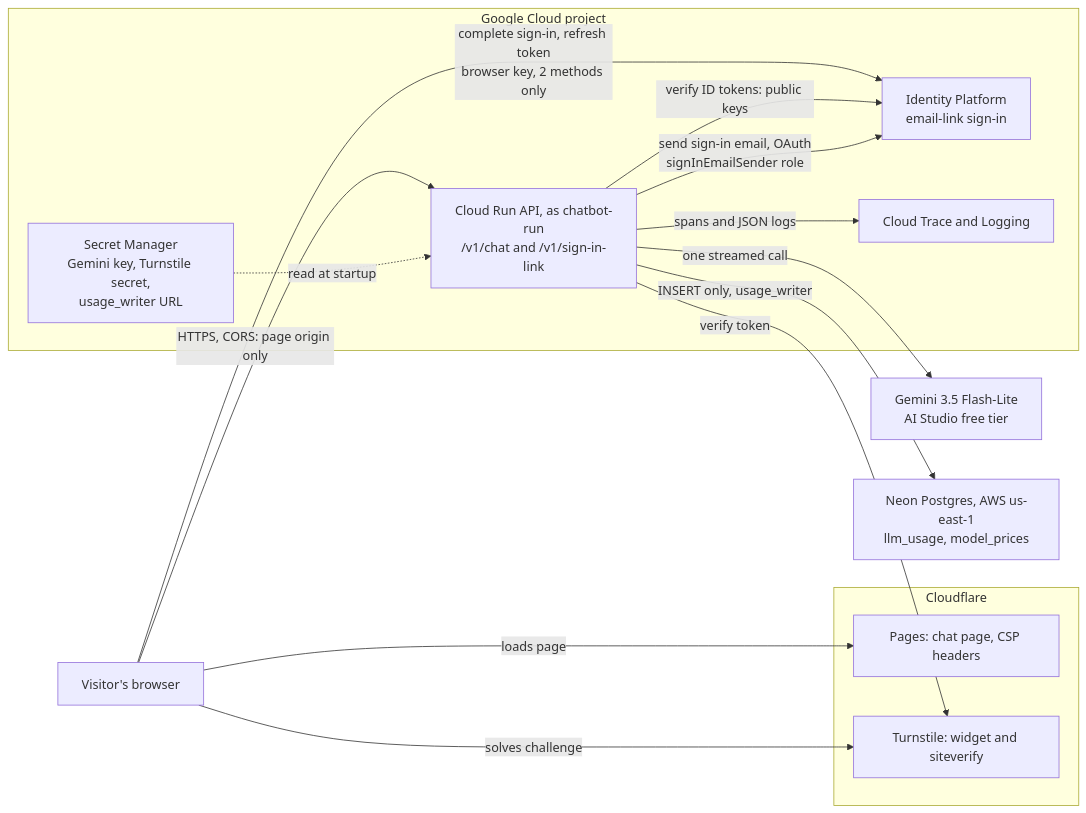
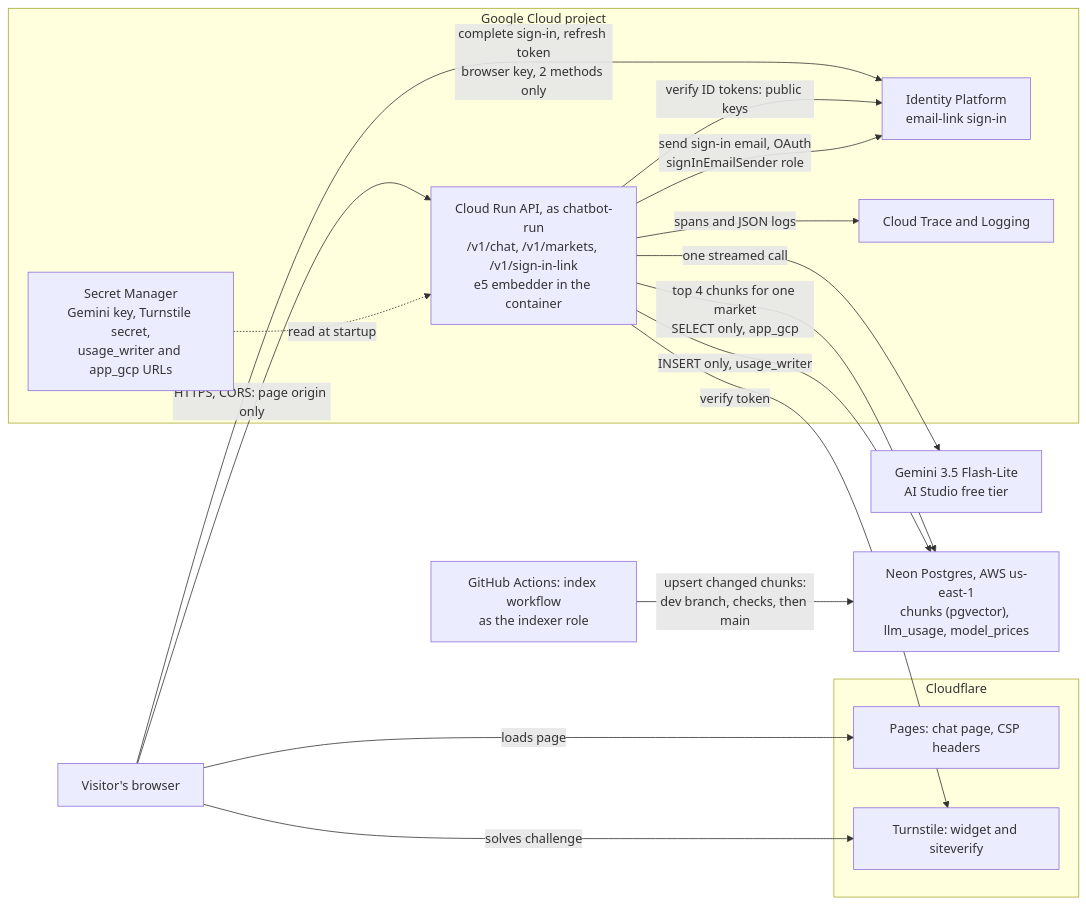
The second of 7 diagrams in docs/design.md (ramirez-ai-labs/spanish-support-chatbot), drawn with Mermaid before and after one commit. The commit also changed other lines of this file and 5 other files, not shown here.

First line of the commit message:
docs: close M2: retrieval and indexing live in the design doc, roadmap ticked, build and friction logs (#114)

````diff
--- a/docs/design.md
+++ b/docs/design.md
@@ -90,31 +90,34 @@
 ```mermaid
 flowchart LR
     visitor["Visitor's browser"]
 
     subgraph cf["Cloudflare"]
         pages["Pages: chat page, CSP headers"]
         turnstile["Turnstile: widget and siteverify"]
     end
 
     subgraph gcp["Google Cloud project"]
-        run["Cloud Run API, as chatbot-run<br/>/v1/chat and /v1/sign-in-link"]
+        run["Cloud Run API, as chatbot-run<br/>/v1/chat, /v1/markets, /v1/sign-in-link<br/>e5 embedder in the container"]
         idp["Identity Platform<br/>email-link sign-in"]
-        secrets["Secret Manager<br/>Gemini key, Turnstile secret,<br/>usage_writer URL"]
+        secrets["Secret Manager<br/>Gemini key, Turnstile secret,<br/>usage_writer and app_gcp URLs"]
         obs["Cloud Trace and Logging"]
     end
 
+    gh["GitHub Actions: index workflow<br/>as the indexer role"]
     gemini["Gemini 3.5 Flash-Lite<br/>AI Studio free tier"]
-    neon["Neon Postgres, AWS us-east-1<br/>llm_usage, model_prices"]
+    neon["Neon Postgres, AWS us-east-1<br/>chunks (pgvector), llm_usage, model_prices"]
 
+    gh -- "upsert changed chunks:<br/>dev branch, checks, then main" --> neon
+    run -- "top 4 chunks for one market<br/>SELECT only, app_gcp" --> neon
     visitor -- "loads page" --> pages
     visitor -- "solves challenge" --> turnstile
     visitor -- "HTTPS, CORS: page origin only" --> run
     visitor -- "complete sign-in, refresh token<br/>browser key, 2 methods only" --> idp
     run -- "verify token" --> turnstile
     run -- "verify ID tokens: public keys" --> idp
     run -- "send sign-in email, OAuth<br/>signInEmailSender role" --> idp
     run -- "one streamed call" --> gemini
     run -- "INSERT only, usage_writer" --> neon
     run -- "spans and JSON logs" --> obs
     secrets -. "read at startup" .-> run
 ```
````
